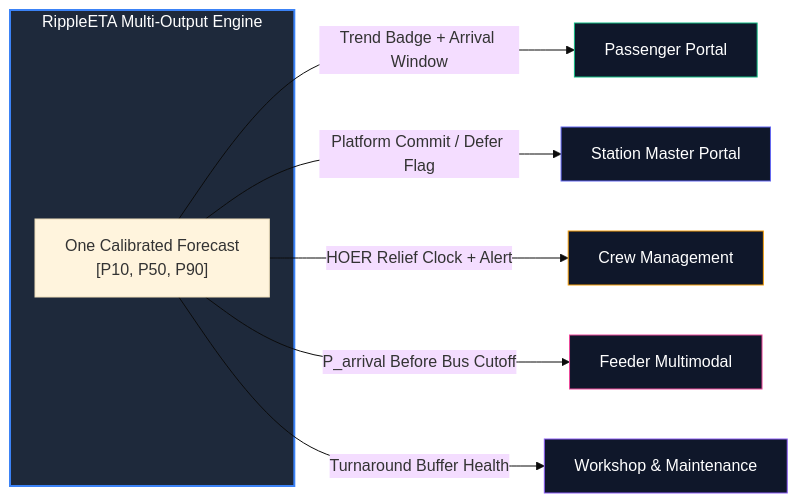
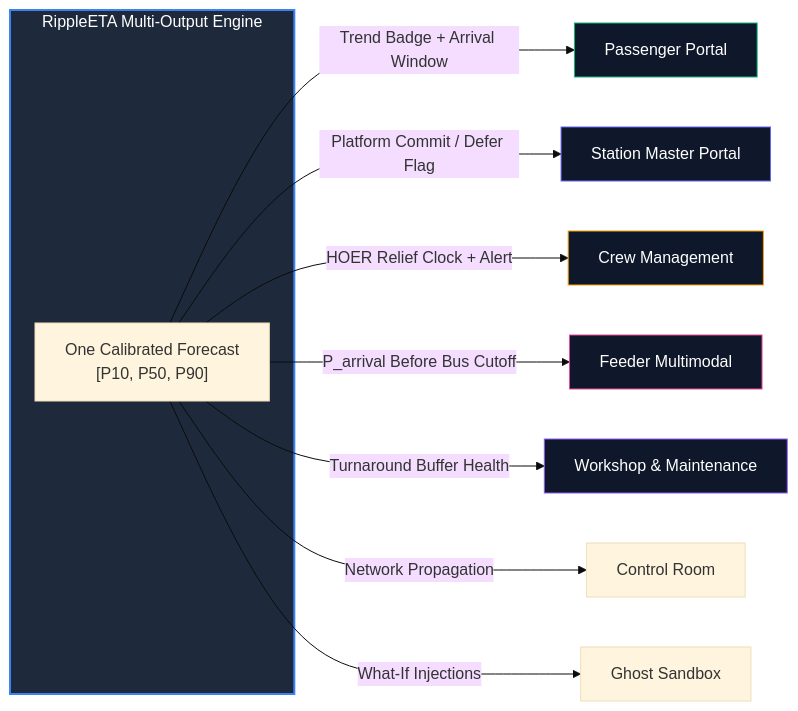
The third of 3 diagrams in README.md (gogoiboss/demo1), drawn with Mermaid (base theme) before and after one commit. The commit also changed other lines of this file, not shown here.

Commit message:
docs: fully correct architecture, metrics, and repo structure in README

````diff
--- a/README.md
+++ b/README.md
@@ -143,19 +144,21 @@
 ```mermaid
 graph LR
     subgraph Engine ["RippleETA Multi-Output Engine"]
         E["One Calibrated Forecast<br/>[P10, P50, P90]"]
     end
 
     E -->|Trend Badge + Arrival Window| S1["Passenger Portal"]
     E -->|Platform Commit / Defer Flag| S2["Station Master Portal"]
     E -->|HOER Relief Clock + Alert| S3["Crew Management"]
     E -->|P_arrival Before Bus Cutoff| S4["Feeder Multimodal"]
     E -->|Turnaround Buffer Health| S5["Workshop & Maintenance"]
+    E -->|Network Propagation| S6["Control Room"]
+    E -->|What-If Injections| S7["Ghost Sandbox"]
 
     style Engine fill:#1e293b,stroke:#3b82f6,stroke-width:2px,color:#fff
     style S1 fill:#0f172a,stroke:#10b981,stroke-width:1px,color:#fff
     style S2 fill:#0f172a,stroke:#6366f1,stroke-width:1px,color:#fff
     style S3 fill:#0f172a,stroke:#f59e0b,stroke-width:1px,color:#fff
     style S4 fill:#0f172a,stroke:#ec4899,stroke-width:1px,color:#fff
     style S5 fill:#0f172a,stroke:#8b5cf6,stroke-width:1px,color:#fff
 ```
````
